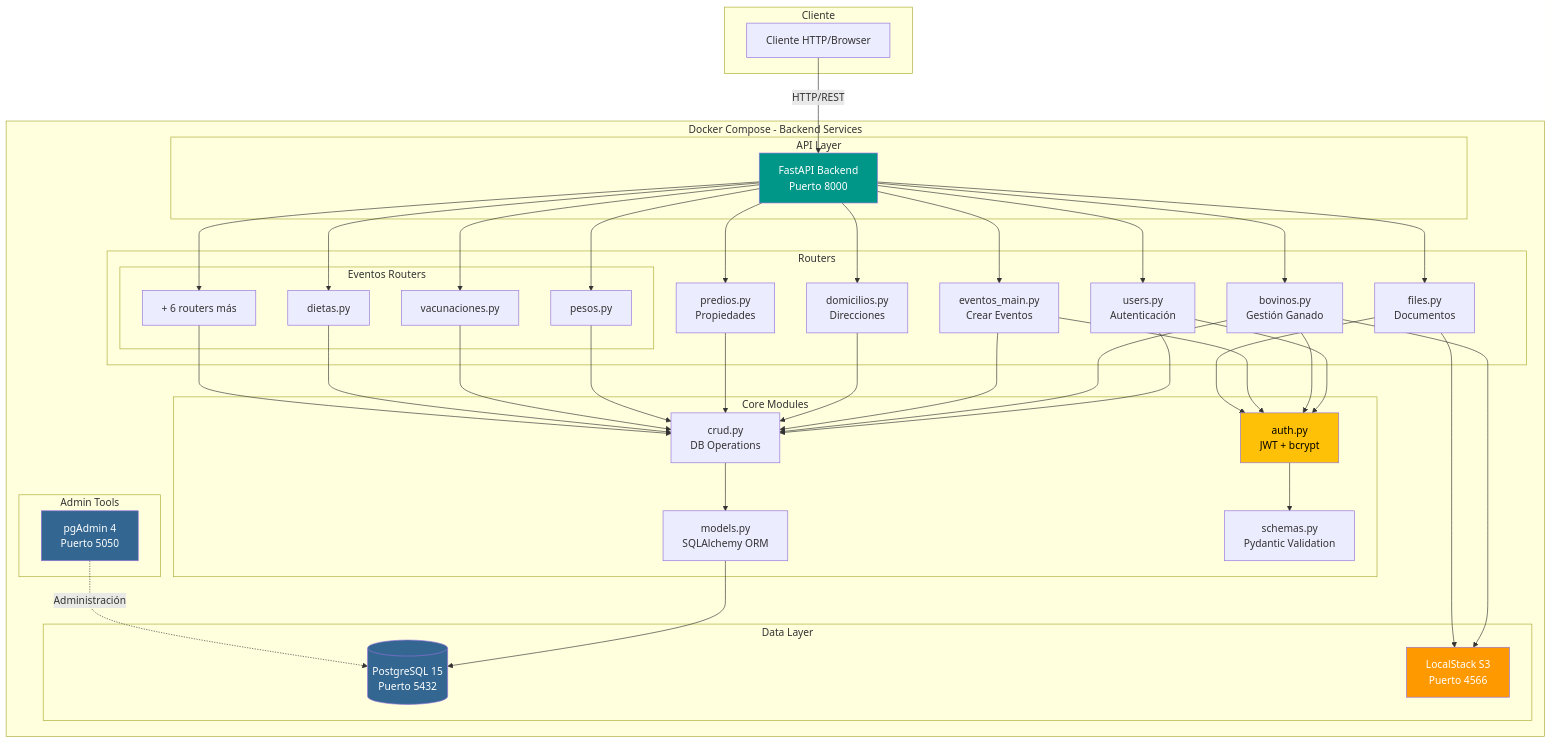
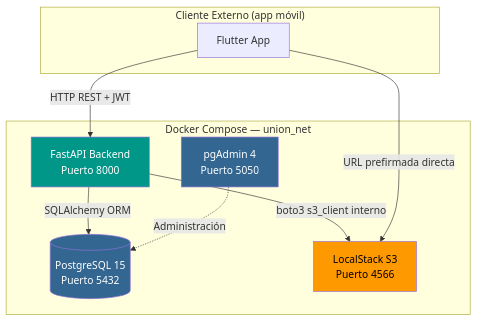
The first of 5 diagrams in README.md (jorgemp1270/union_ganadera_api), drawn with Mermaid before and after one commit. The commit also changed other lines of this file and 12 other files, not shown here.

````diff
--- a/README.md
+++ b/README.md
@@ -29,85 +42,24 @@
 ```mermaid
 graph TB
-    subgraph "Cliente"
-        Client[Cliente HTTP/Browser]
+    subgraph "Cliente Externo (app móvil)"
+        App[Flutter App]
     end
 
-    subgraph "Docker Compose - Backend Services"
-        subgraph "API Layer"
-            FastAPI[FastAPI Backend<br/>Puerto 8000]
-        end
-
-        subgraph "Routers"
-            Users[users.py<br/>Autenticación]
-            Bovinos[bovinos.py<br/>Gestión Ganado]
-            EventosMain[eventos_main.py<br/>Crear Eventos]
-            Files[files.py<br/>Documentos]
-            Domicilios[domicilios.py<br/>Direcciones]
-            Predios[predios.py<br/>Propiedades]
-
-            subgraph "Eventos Routers"
-                Pesos[pesos.py]
-                Vacunas[vacunaciones.py]
-                Dietas[dietas.py]
-                Otros[+ 6 routers más]
-            end
-        end
-
-        subgraph "Core Modules"
-            Auth[auth.py<br/>JWT + bcrypt]
-            CRUD[crud.py<br/>DB Operations]
-            Models[models.py<br/>SQLAlchemy ORM]
-            Schemas[schemas.py<br/>Pydantic Validation]
-        end
-
-        subgraph "Data Layer"
-            PostgreSQL[(PostgreSQL 15<br/>Puerto 5432)]
-            S3[LocalStack S3<br/>Puerto 4566]
-        end
-
-        subgraph "Admin Tools"
-            pgAdmin[pgAdmin 4<br/>Puerto 5050]
-        end
+    subgraph "Docker Compose — union_net"
+        API[FastAPI Backend\nPuerto 8000]
+        DB[(PostgreSQL 15\nPuerto 5432)]
+        S3[LocalStack S3\nPuerto 4566]
+        PGA[pgAdmin 4\nPuerto 5050]
     end
 
-    Client -->|HTTP/REST| FastAPI
+    App -->|HTTP REST + JWT| API
+    API -->|SQLAlchemy ORM| DB
+    API -->|boto3 s3_client interno| S3
+    App -->|URL prefirmada directa| S3
+    PGA -.->|Administración| DB
 
-    FastAPI --> Users
-    FastAPI --> Bovinos
-    FastAPI --> EventosMain
-    FastAPI --> Files
-    FastAPI --> Domicilios
-    FastAPI --> Predios
-    FastAPI --> Pesos
-    FastAPI --> Vacunas
-    FastAPI --> Dietas
-    FastAPI --> Otros
-
-    Users --> Auth
-    Users --> CRUD
-    Bovinos --> Auth
-    Bovinos --> CRUD
-    Bovinos --> S3
-    EventosMain --> Auth
-    EventosMain --> CRUD
-    Files --> Auth
-    Files --> S3
-    Domicilios --> CRUD
-    Predios --> CRUD
-    Pesos --> CRUD
-    Vacunas --> CRUD
-    Dietas --> CRUD
-    Otros --> CRUD
-
-    Auth --> Schemas
-    CRUD --> Models
-    Models --> PostgreSQL
-
-    pgAdmin -.->|Administración| PostgreSQL
-
-    style FastAPI fill:#009688,color:#fff
-    style PostgreSQL fill:#336791,color:#fff
-    style S3 fill:#FF9900,color:#fff
-    style Auth fill:#FFC107,color:#000
-    style pgAdmin fill:#336791,color:#fff
+    style API fill:#009688,color:#fff
+    style DB fill:#336791,color:#fff
+    style S3 fill:#FF9900,color:#000
+    style PGA fill:#336791,color:#fff
 ```
````
